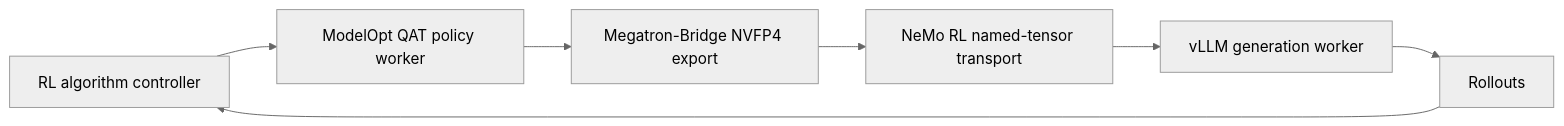
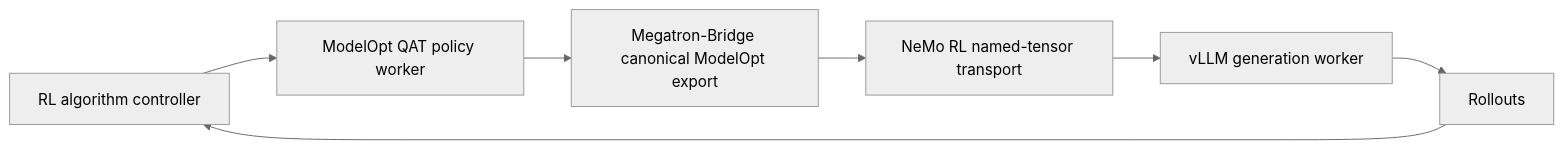
One commit to NVIDIA-NeMo/RL changed the diagram in docs/design-docs/modelopt-real-quant-architecture.md. Above: the diagram before and after it, drawn with Mermaid (neutral theme). The commit also changed other lines of this file and 34 other files, not shown here.

Commit message:
refactor: use ModelOpt real-quant export pipeline

````diff
--- a/docs/design-docs/modelopt-real-quant-architecture.md
+++ b/docs/design-docs/modelopt-real-quant-architecture.md
@@ -43,9 +43,9 @@
 ```mermaid
 flowchart LR
     A[RL algorithm controller] --> B[ModelOpt QAT policy worker]
-    B --> C[Megatron-Bridge NVFP4 export]
+    B --> C[Megatron-Bridge canonical ModelOpt export]
     C --> D[NeMo RL named-tensor transport]
     D --> E[vLLM generation worker]
     E --> F[Rollouts]
     F --> A
 ```
````
